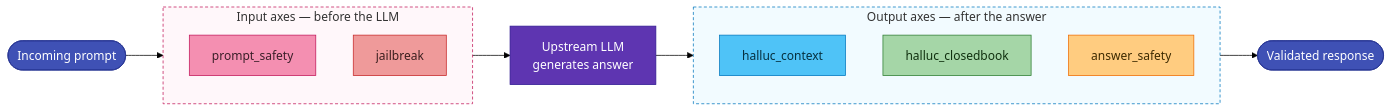
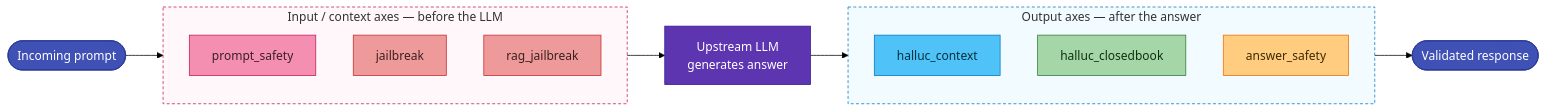
One commit to geodesia-ai/geodesia-docs changed the diagram in docs/gateway/detection-axes.md. Above: the diagram before and after it, drawn with Mermaid (forest theme). The commit also changed other lines of this file and 10 other files, not shown here.

````diff
--- a/docs/gateway/detection-axes.md
+++ b/docs/gateway/detection-axes.md
@@ -49,31 +58,32 @@
 ```mermaid
 flowchart LR
     P([Incoming prompt]):::io --> IN
 
-    subgraph IN [" Input axes — before the LLM "]
+    subgraph IN [" Input / context axes — before the LLM "]
         direction TB
         PS[prompt_safety]:::prompt
         JB[jailbreak]:::jail
+        RJ[rag_jailbreak]:::jail
     end
 
     IN --> LLM[Upstream LLM<br/>generates answer]:::llm --> OUT
 
     subgraph OUT [" Output axes — after the answer "]
         direction TB
         HC[halluc_context]:::ctx
         CB[halluc_closedbook]:::cb
         AS[answer_safety]:::ans
     end
 
     OUT --> R([Validated response]):::io
 
     classDef io fill:#3f51b5,color:#fff,stroke:#283593;
     classDef llm fill:#5e35b1,color:#fff,stroke:#311b92;
     classDef prompt fill:#f48fb1,color:#3b1f29,stroke:#c2185b;
     classDef jail fill:#ef9a9a,color:#3b1f1f,stroke:#c62828;
     classDef ctx fill:#4fc3f7,color:#06303f,stroke:#0277bd;
     classDef cb fill:#a5d6a7,color:#10300f,stroke:#2e7d32;
     classDef ans fill:#ffcc80,color:#3d2a00,stroke:#ef6c00;
     style IN fill:#f48fb112,stroke:#c2185b,stroke-dasharray:4 3;
     style OUT fill:#4fc3f712,stroke:#0277bd,stroke-dasharray:4 3;
 ```
````
